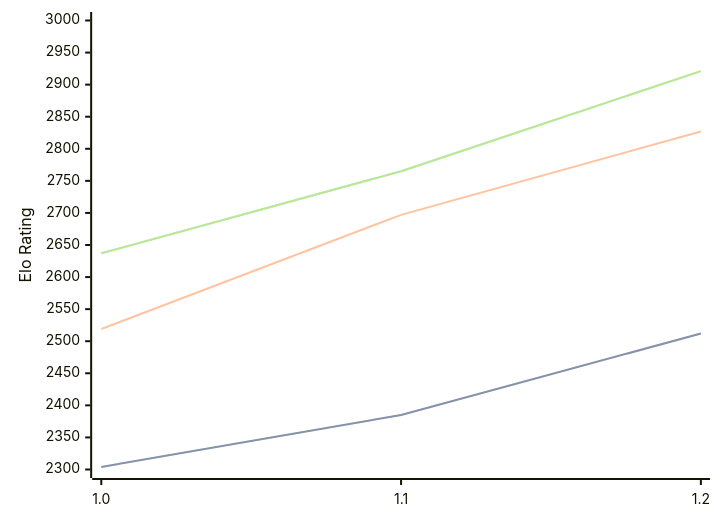
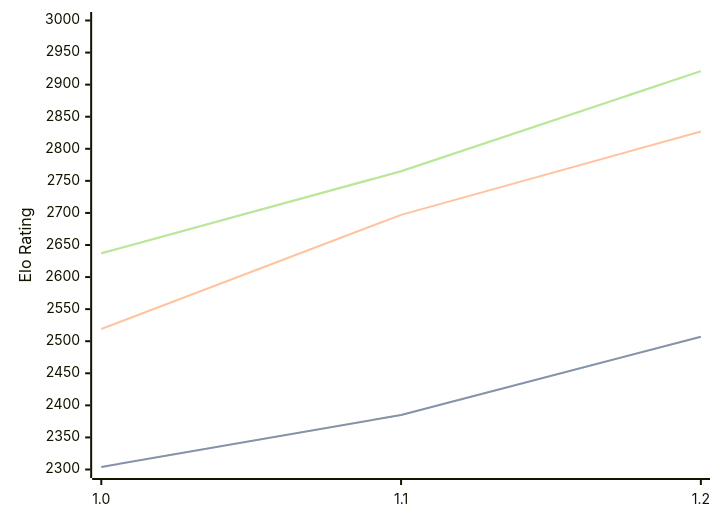
One commit to computer-chess-index/cci changed the third of 3 diagrams in engines/FoxChess.md. Above: the diagram before and after it, drawn with Mermaid. The commit also changed other lines of this file, not shown here.

````diff
--- a/engines/FoxChess.md
+++ b/engines/FoxChess.md
@@ -66,11 +66,11 @@
 ```mermaid
 %%{init: {"theme":"base","themeVariables":{"seriesColors:['#a3a3a3','#222221','#faa371']}}}%%
 xychart-beta
   x-axis ["1.0", "1.1", "1.2"]
   y-axis "Elo Rating" 2300 --> 3000
-  line "STC (8.0+0.08s)" [2304, 2385, 2512]
-  line "STC (8.0+0.08s)" [2304, 2385, 2512]
+  line "STC (8.0+0.08s)" [2304, 2385, 2507]
+  line "STC (8.0+0.08s)" [2304, 2385, 2507]
   line "LTC (60.0+0.60s)" [2519, 2697, 2827]
   line "VLTC (2m24s+1.12s)" [2637, 2765, 2921]
   line "VLTC (2m24s+1.12s)" [2637, 2765, 2921]
 ```
````
